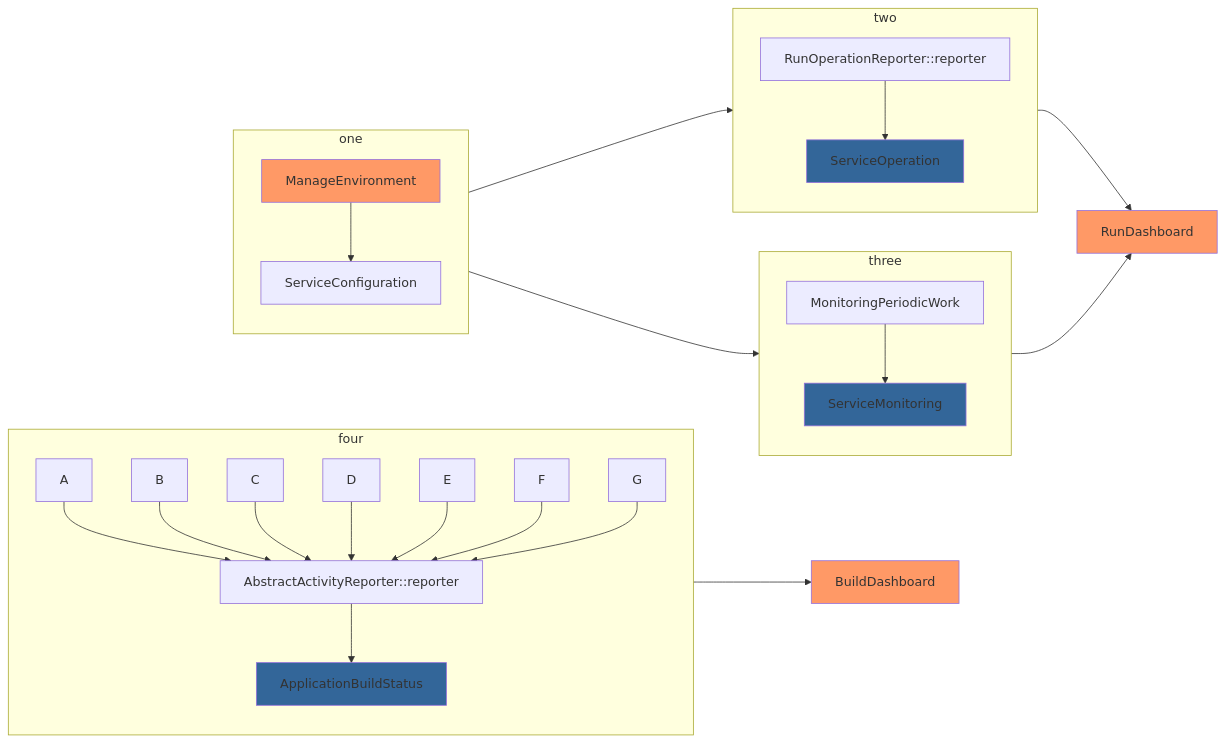
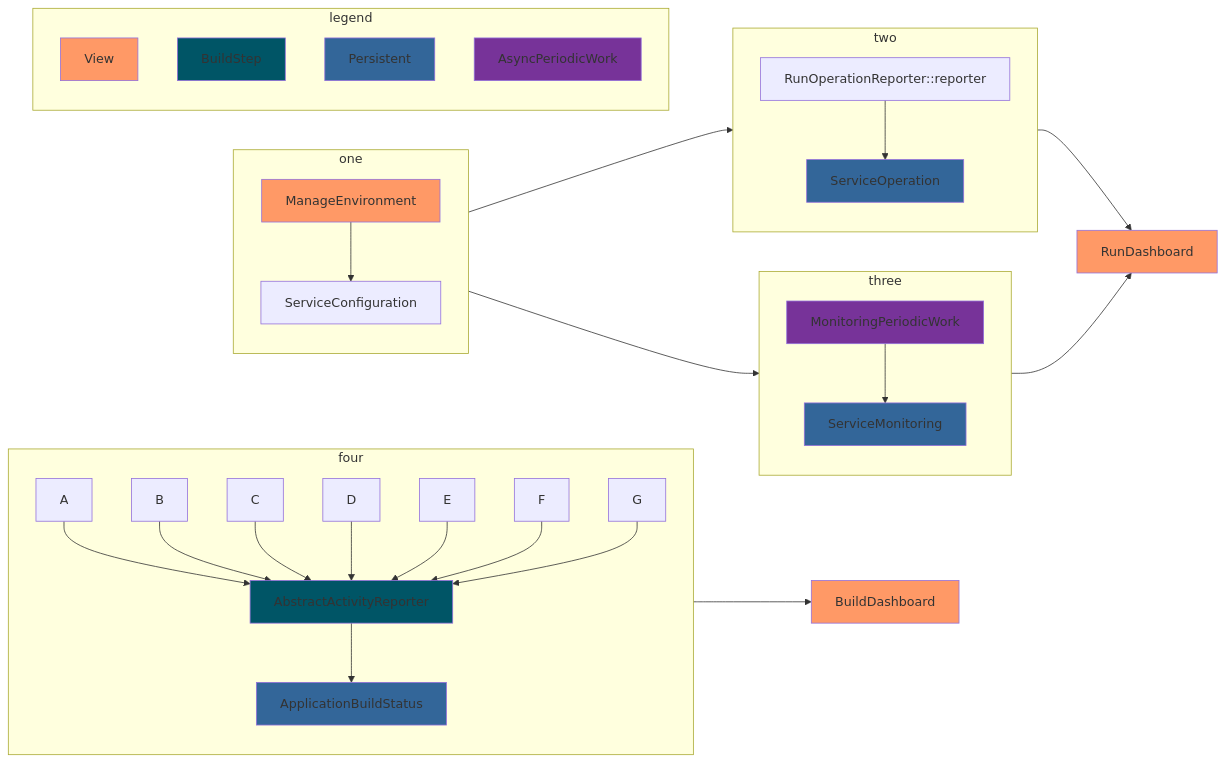
One commit to jenkinsci/devops-portal-plugin changed the diagram in README.md. Above: the diagram before and after it, drawn with Mermaid.

````diff
--- a/README.md
+++ b/README.md
@@ -412,35 +412,43 @@
 ```mermaid
 flowchart LR
     subgraph one
     ManageEnvironment:::view --> ServiceConfiguration
     end
     
     subgraph two
     RunOperationReporter::reporter --> ServiceOperation:::entity
     end
     
     subgraph three
-    MonitoringPeriodicWork --> ServiceMonitoring:::entity
+    MonitoringPeriodicWork:::worker --> ServiceMonitoring:::entity
     end
     
     subgraph four
-    A --> AbstractActivityReporter::reporter
-    B --> AbstractActivityReporter::reporter
-    C --> AbstractActivityReporter::reporter
-    D --> AbstractActivityReporter::reporter
-    E --> AbstractActivityReporter::reporter
-    F --> AbstractActivityReporter::reporter
-    G --> AbstractActivityReporter::reporter
-    AbstractActivityReporter::reporter --> ApplicationBuildStatus:::entity
+    A --> AbstractActivityReporter:::reporter
+    B --> AbstractActivityReporter:::reporter
+    C --> AbstractActivityReporter:::reporter
+    D --> AbstractActivityReporter:::reporter
+    E --> AbstractActivityReporter:::reporter
+    F --> AbstractActivityReporter:::reporter
+    G --> AbstractActivityReporter:::reporter
+    AbstractActivityReporter:::reporter --> ApplicationBuildStatus:::entity
+    end
+    
+    subgraph legend
+    View:::view
+    BuildStep:::reporter
+    Persistent:::entity
+    AsyncPeriodicWork:::worker
     end
     
     one --> two
     one --> three
     two --> RunDashboard:::view
     three --> RunDashboard:::view
     four --> BuildDashboard:::view
     
     classDef view fill:#f96
     classDef reporter fill:#056
     classDef entity fill:#369
+    classDef worker fill:#739
 ```
````
